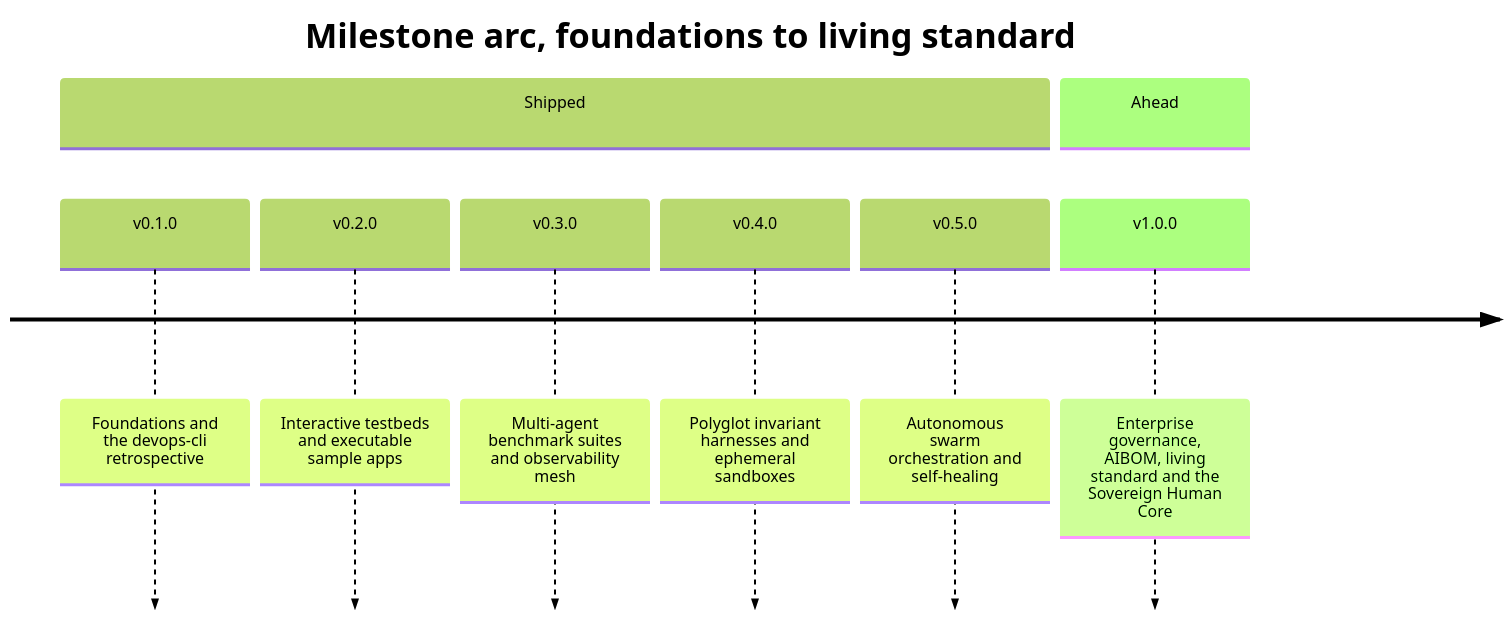
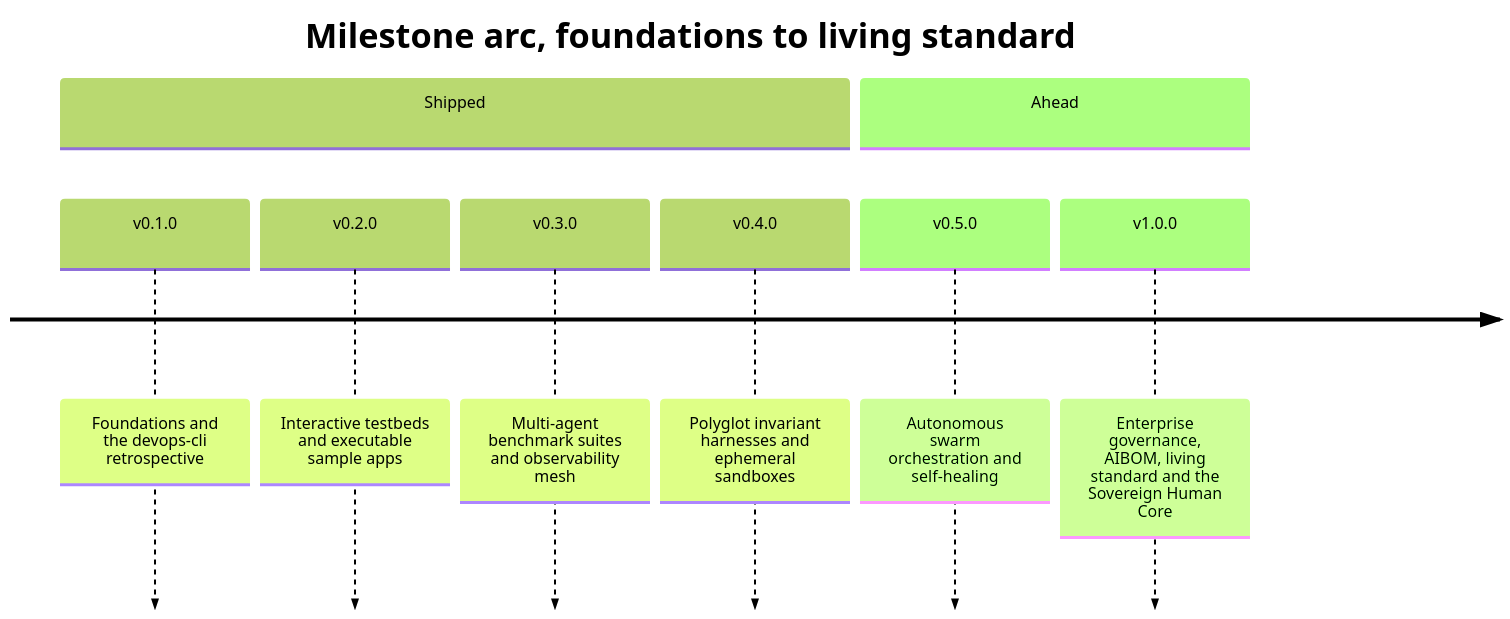
The first of 2 diagrams in docs/ROADMAP.md (dan-petty/vibes), drawn with Mermaid (forest theme) before and after one commit. The commit also changed other lines of this file and 248 other files, not shown here.

````diff
--- a/docs/ROADMAP.md
+++ b/docs/ROADMAP.md
@@ -26,12 +26,12 @@
 ```mermaid
 timeline
     title Milestone arc, foundations to living standard
     section Shipped
         v0.1.0 : Foundations and the devops-cli retrospective
         v0.2.0 : Interactive testbeds and executable sample apps
         v0.3.0 : Multi-agent benchmark suites and observability mesh
         v0.4.0 : Polyglot invariant harnesses and ephemeral sandboxes
+    section Ahead
         v0.5.0 : Autonomous swarm orchestration and self-healing
-    section Ahead
         v1.0.0 : Enterprise governance, AIBOM, living standard and the Sovereign Human Core
 ```
````
